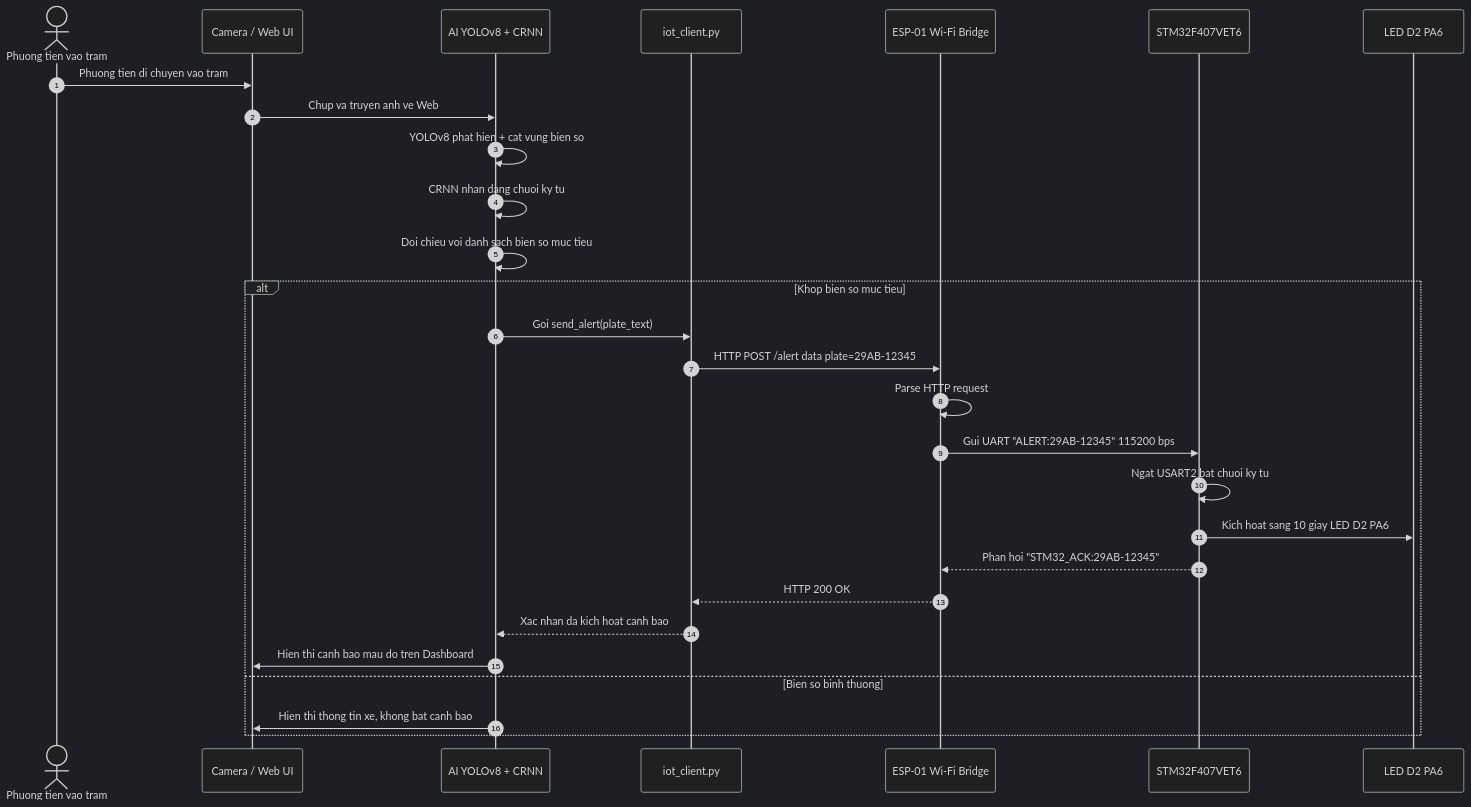
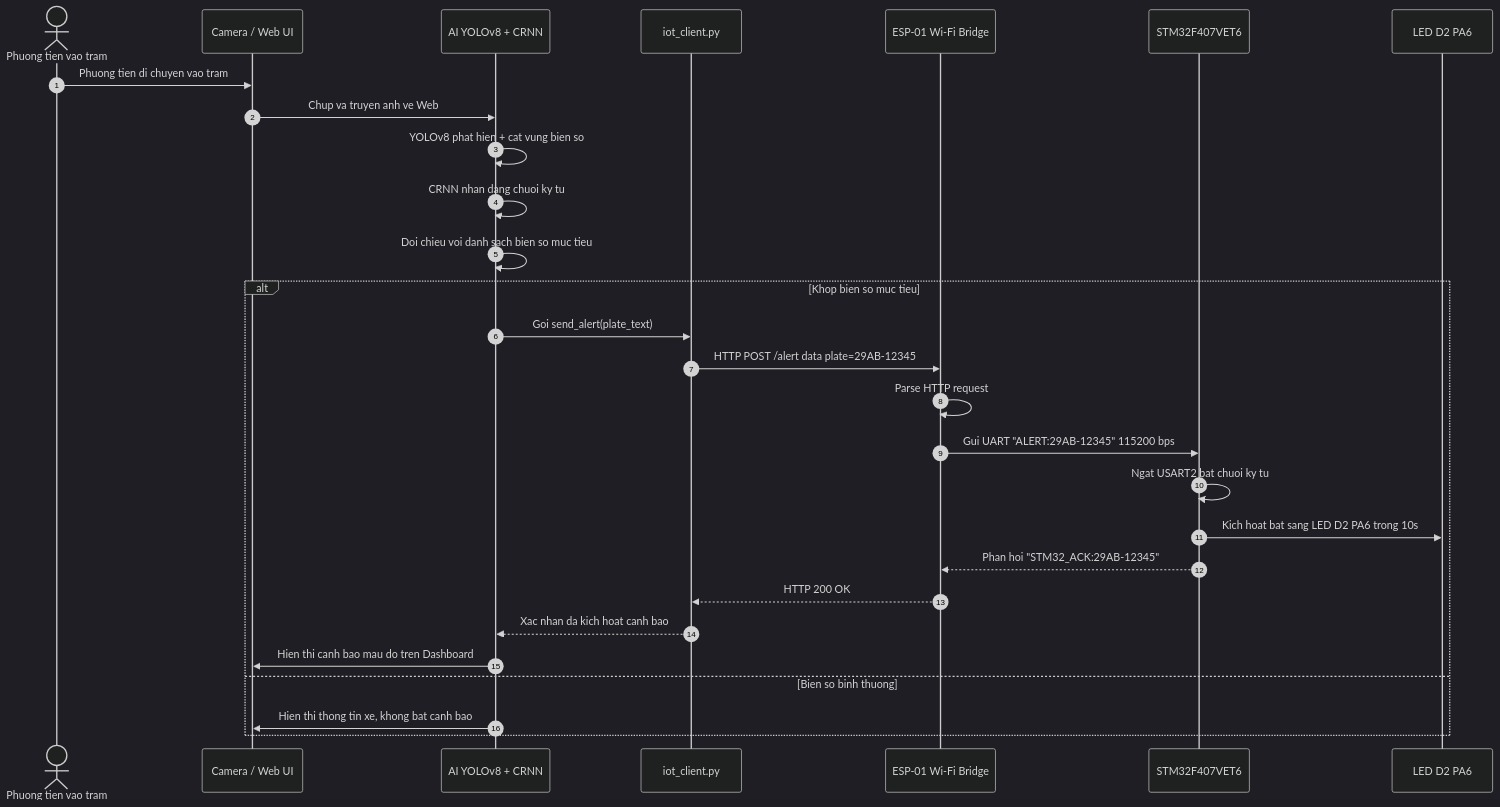
The second of 4 diagrams in README.md (thang0989052585-del/DA_KY_523100182_He_Thong_Nhan_dien_bien_so_xe), drawn with Mermaid (dark theme) before and after one commit. The commit also changed other lines of this file and 6 other files, not shown here.

Commit message:
fix(iot): cap nhat co che STM32 sang LED D2 lien tuc 10s khi nhan dien xe thay vi nhap nhay

````diff
--- a/README.md
+++ b/README.md
@@ -45,31 +45,31 @@
 ```mermaid
 sequenceDiagram
     autonumber
     actor User as Phuong tien vao tram
     participant Cam as Camera / Web UI
     participant AI as AI YOLOv8 + CRNN
     participant IoT as iot_client.py
     participant ESP as ESP-01 Wi-Fi Bridge
     participant STM as STM32F407VET6
     participant LED as LED D2 PA6
 
     User->>Cam: Phuong tien di chuyen vao tram
     Cam->>AI: Chup va truyen anh ve Web
     AI->>AI: YOLOv8 phat hien + cat vung bien so
     AI->>AI: CRNN nhan dang chuoi ky tu
     AI->>AI: Doi chieu voi danh sach bien so muc tieu
     alt Khop bien so muc tieu
         AI->>IoT: Goi send_alert(plate_text)
         IoT->>ESP: HTTP POST /alert data plate=29AB-12345
         ESP->>ESP: Parse HTTP request
         ESP->>STM: Gui UART "ALERT:29AB-12345" 115200 bps
         STM->>STM: Ngat USART2 bat chuoi ky tu
-        STM->>LED: Kich hoat sang 10 giay LED D2 PA6 
+        STM->>LED: Kich hoat bat sang LED D2 PA6 trong 10s
         STM-->>ESP: Phan hoi "STM32_ACK:29AB-12345"
         ESP-->>IoT: HTTP 200 OK
         IoT-->>AI: Xac nhan da kich hoat canh bao
         AI->>Cam: Hien thi canh bao mau do tren Dashboard
     else Bien so binh thuong
         AI->>Cam: Hien thi thong tin xe, khong bat canh bao
     end
 ```
````
